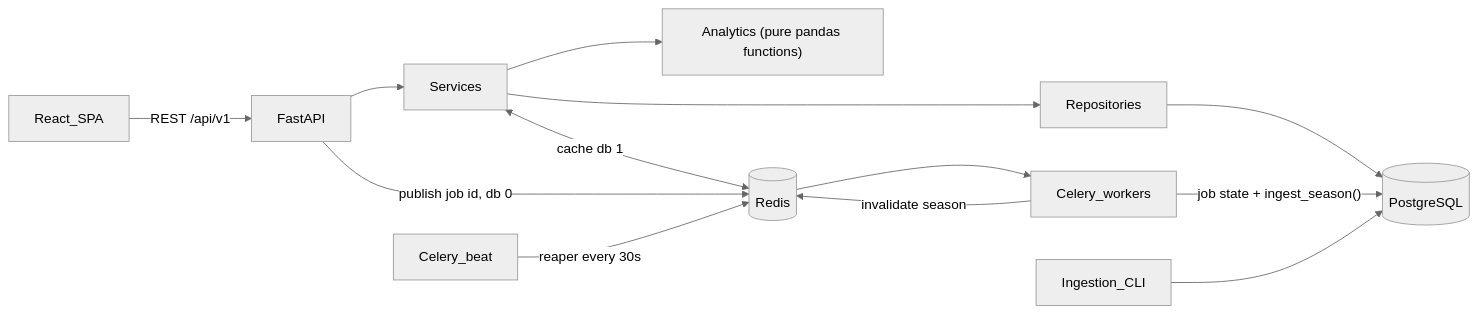
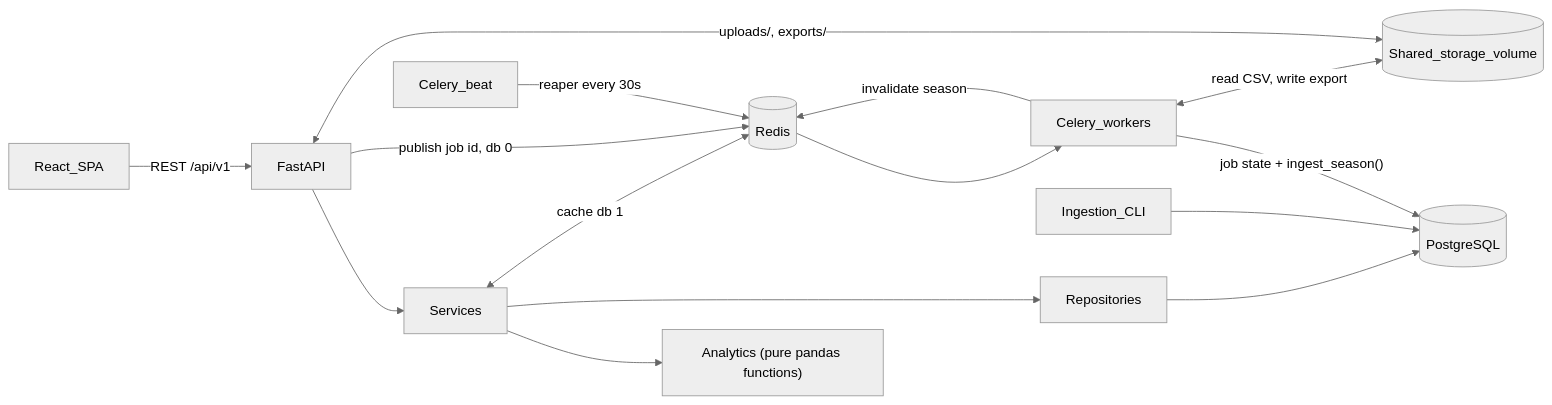
Before and after one commit to davidk0103/FootballPlayAnalyzer: the first of 3 diagrams in docs/architecture.md, drawn with Mermaid (neutral theme). The commit also changed other lines of this file and 11 other files, not shown here.

Commit message:
Document M3: architecture, API, data uploads, ADRs 006-013, README

````diff
--- a/docs/architecture.md
+++ b/docs/architecture.md
@@ -8,15 +10,17 @@
 ```mermaid
 flowchart LR
     Browser[React_SPA] -->|"REST /api/v1"| Api[FastAPI]
     Api --> Services[Services]
     Services --> Analytics["Analytics (pure pandas functions)"]
     Services --> Repos[Repositories]
     Repos --> Pg[(PostgreSQL)]
     Services <-->|"cache db 1"| Redis[(Redis)]
     Api -->|"publish job id, db 0"| Redis
     Redis --> Worker[Celery_workers]
     Beat[Celery_beat] -->|"reaper every 30s"| Redis
     Worker -->|"job state + ingest_season()"| Pg
     Worker -->|"invalidate season"| Redis
     Cli[Ingestion_CLI] --> Pg
+    Api <-->|"uploads/, exports/"| Vol[(Shared_storage_volume)]
+    Worker <-->|"read CSV, write export"| Vol
 ```
````
